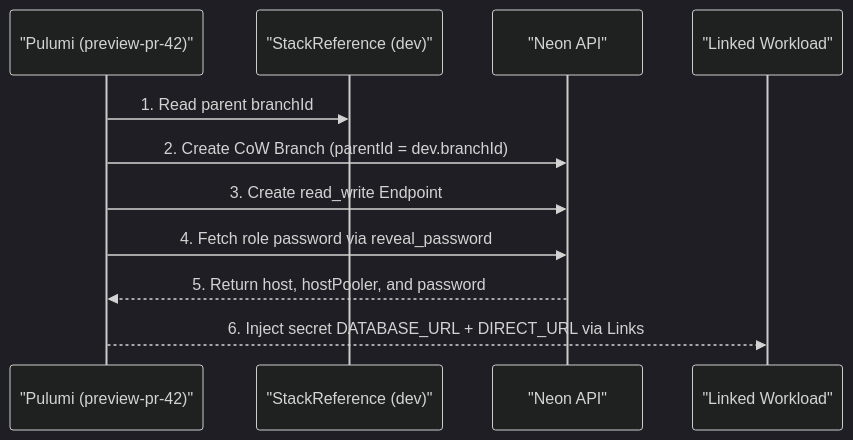
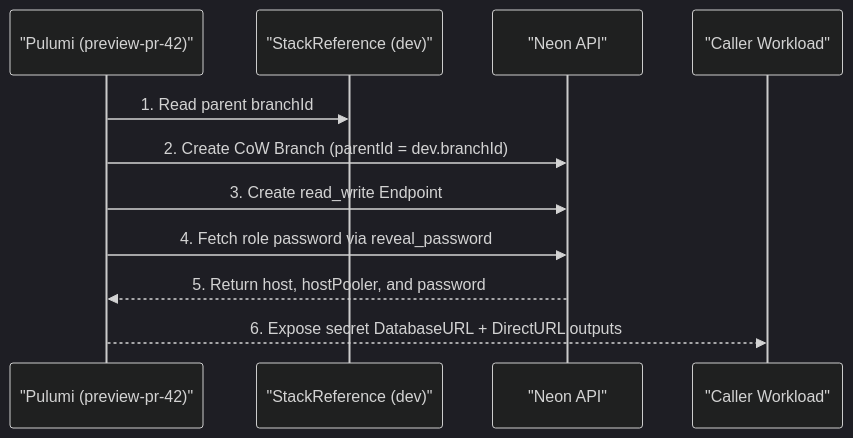
Before and after one commit to cloudvoyant/openbase: the second of 2 diagrams in docs/architecture/providers/neon/database.md, drawn with Mermaid (dark theme). The commit also changed other lines of this file and 124 other files, not shown here.

````diff
--- a/docs/architecture/providers/neon/database.md
+++ b/docs/architecture/providers/neon/database.md
@@ -41,14 +41,14 @@
 ```mermaid
 sequenceDiagram
     participant Pulumi as "Pulumi (preview-pr-42)"
     participant DevRef as "StackReference (dev)"
     participant Neon as "Neon API"
-    participant App as "Linked Workload"
+    participant App as "Caller Workload"
 
     Pulumi->>DevRef: 1. Read parent branchId
     Pulumi->>Neon: 2. Create CoW Branch (parentId = dev.branchId)
     Pulumi->>Neon: 3. Create read_write Endpoint
     Pulumi->>Neon: 4. Fetch role password via reveal_password
     Neon-->>Pulumi: 5. Return host, hostPooler, and password
-    Pulumi-->>App: 6. Inject secret DATABASE_URL + DIRECT_URL via Links
+    Pulumi-->>App: 6. Expose secret DatabaseURL + DirectURL outputs
 ```
````
